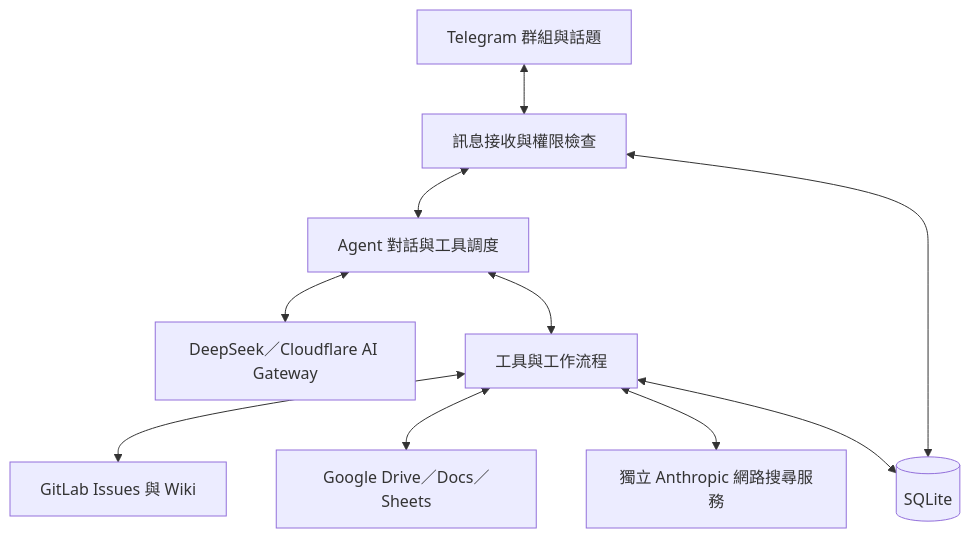
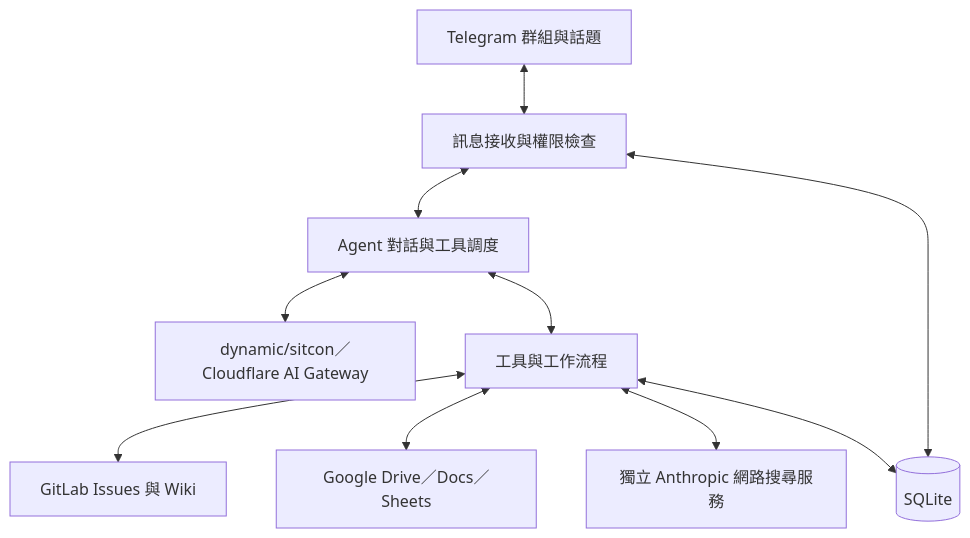
One commit to tw-yuan/sitcon-editor-helper-help changed the diagram in README.md. Above: the diagram before and after it, drawn with Mermaid. The commit also changed other lines of this file and 3 other files, not shown here.

First line of the commit message:
chore: switch main model setting to dynamic/sitcon

````diff
--- a/README.md
+++ b/README.md
@@ -25,12 +25,12 @@
 ```mermaid
 flowchart TD
     Telegram[Telegram 群組與話題] <--> Gateway[訊息接收與權限檢查]
     Gateway <--> Agent[Agent 對話與工具調度]
-    Agent <--> LLM[DeepSeek／Cloudflare AI Gateway]
+    Agent <--> LLM[dynamic/sitcon／Cloudflare AI Gateway]
     Agent <--> Tools[工具與工作流程]
     Tools <--> GitLab[GitLab Issues 與 Wiki]
     Tools <--> Google[Google Drive／Docs／Sheets]
     Tools <--> Search[獨立 Anthropic 網路搜尋服務]
     Gateway <--> Store[(SQLite)]
     Tools <--> Store
 ```
````
